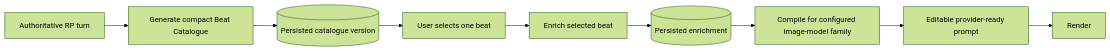
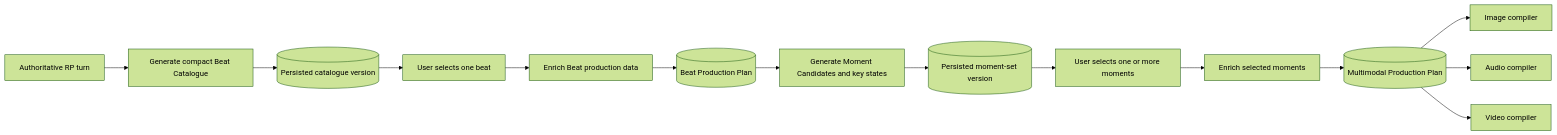
Before and after one commit to DaturaInoxia/DreamGenClone: the diagram in specs/Planning/B-100-progressive-scene-beat-pipeline/README.md, drawn with Mermaid (forest theme). The commit also changed other lines of this file and 15 other files, not shown here.

````diff
--- a/specs/Planning/B-100-progressive-scene-beat-pipeline/README.md
+++ b/specs/Planning/B-100-progressive-scene-beat-pipeline/README.md
@@ -22,11 +31,16 @@
 ```mermaid
 flowchart LR
     T[Authoritative RP turn] --> C[Generate compact Beat Catalogue]
     C --> CS[(Persisted catalogue version)]
     CS --> U[User selects one beat]
-    U --> E[Enrich selected beat]
-    E --> ES[(Persisted enrichment)]
-    ES --> F[Compile for configured image-model family]
-    F --> P[Editable provider-ready prompt]
-    P --> R[Render]
+    U --> BE[Enrich Beat production data]
+    BE --> BP[(Beat Production Plan)]
+    BP --> M[Generate Moment Candidates and key states]
+    M --> MS[(Persisted moment-set version)]
+    MS --> UM[User selects one or more moments]
+    UM --> E[Enrich selected moments]
+    E --> MP[(Multimodal Production Plan)]
+    MP --> IC[Image compiler]
+    MP --> AC[Audio compiler]
+    MP --> VC[Video compiler]
 ```
````
